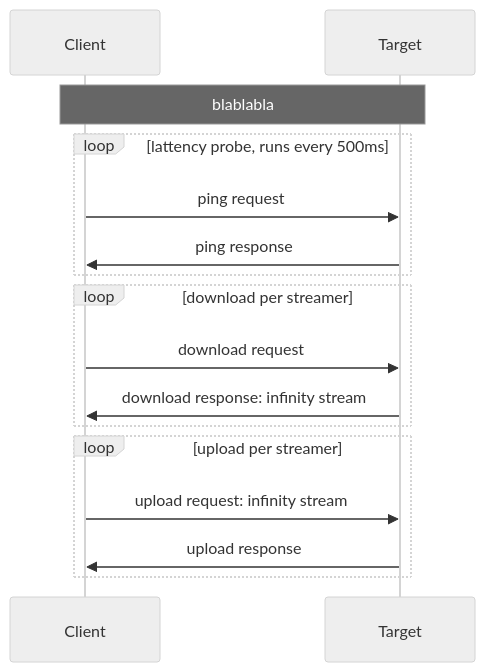
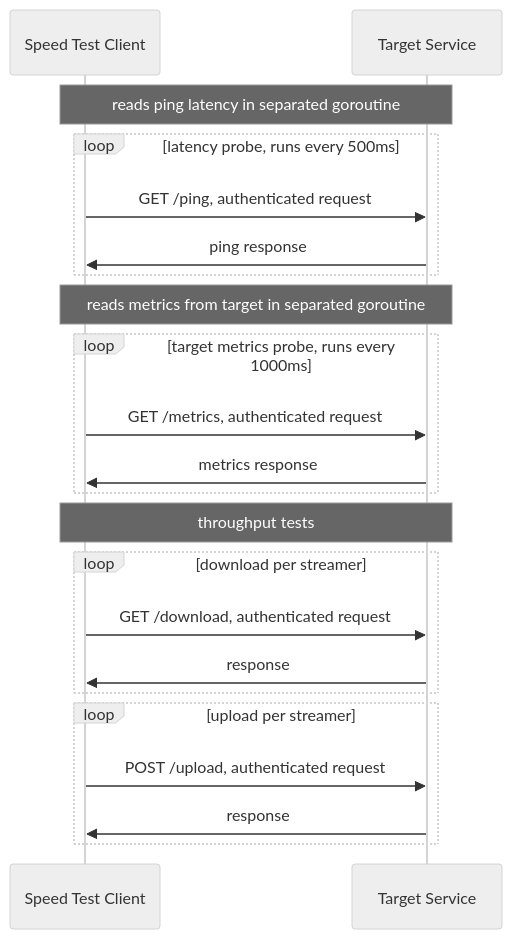
The second of 2 diagrams in README.md (viktorzavadil/speedtest), drawn with Mermaid before and after one commit. The commit also changed other lines of this file and 3 other files, not shown here.

````diff
--- a/README.md
+++ b/README.md
@@ -28,26 +88,32 @@
 ```mermaid
 ---
 config:
   theme: neutral
 ---
 sequenceDiagram
-    participant C as Client
-    participant T as Target
-
-    Note over C, T: blablabla
-    loop lattency probe, runs every 500ms
-        C ->> T: ping request
+    participant C as Speed Test Client
+    participant T as Target Service
+    Note over C, T: reads ping latency in separated goroutine
+    loop latency probe, runs every 500ms
+        C ->> T: GET /ping, authenticated request
         T ->> C: ping response
     end
 
+    Note over C, T: reads metrics from target in separated goroutine
+    loop target metrics probe, runs every 1000ms
+        C ->> T: GET /metrics, authenticated request
+        T ->> C: metrics response
+    end
+
+    Note over C, T: throughput tests
     loop download per streamer
-        C ->> T: download request
-        T ->> C: download response: infinity stream
+        C ->> T: GET /download, authenticated request
+        T ->> C: response
     end
 
     loop upload per streamer
-        C ->> T: upload request: infinity stream
-        T ->> C: upload response
+        C ->> T: POST /upload, authenticated request
+        T ->> C: response
     end
 
 ```
````
